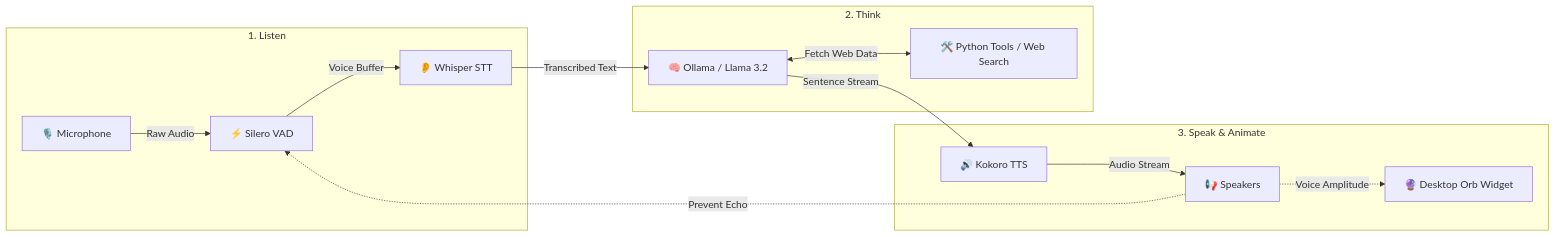
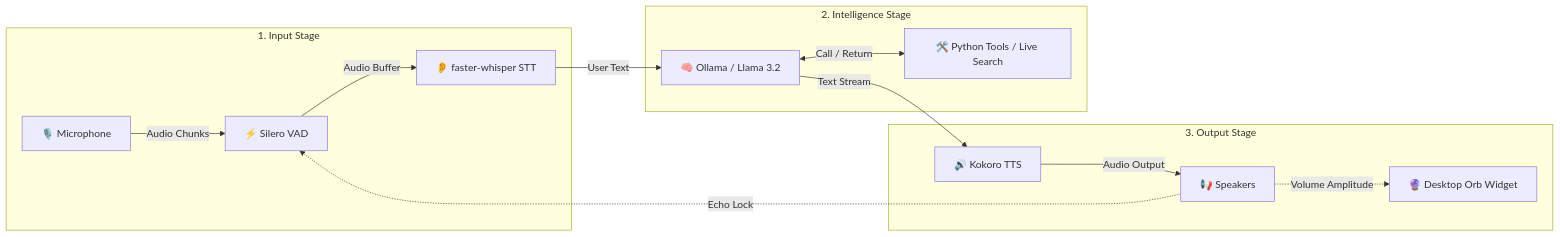
The diagram in README.md (saikrishnaallam/jarvis_ai), drawn with Mermaid before and after one commit. The commit also changed other lines of this file, not shown here.

Commit message:
Comprehensive rewrite of README.md maintaining 100% of technical details, changelogs, architecture diagrams, latency optimizations, and tool tables

````diff
--- a/README.md
+++ b/README.md
@@ -51,19 +60,19 @@
 ```mermaid
 flowchart LR
-    subgraph Stage1 ["1. Listen"]
-        A[🎙️ Microphone] -->|Raw Audio| B[⚡ Silero VAD]
-        B -->|Voice Buffer| C[👂 Whisper STT]
+    subgraph Input ["1. Input Stage"]
+        A[🎙️ Microphone] -->|Audio Chunks| B[⚡ Silero VAD]
+        B -->|Audio Buffer| C[👂 faster-whisper STT]
     end
 
-    subgraph Stage2 ["2. Think"]
-        C -->|Transcribed Text| D[🧠 Ollama / Llama 3.2]
-        D <-->|Fetch Web Data| E[🛠️ Python Tools / Web Search]
+    subgraph Core ["2. Intelligence Stage"]
+        C -->|User Text| D[🧠 Ollama / Llama 3.2]
+        D <-->|Call / Return| E[🛠️ Python Tools / Live Search]
     end
 
-    subgraph Stage3 ["3. Speak & Animate"]
-        D -->|Sentence Stream| F[🔊 Kokoro TTS]
-        F -->|Audio Stream| G[📢 Speakers]
-        G -.->|Voice Amplitude| H[🔮 Desktop Orb Widget]
-        G -.->|Prevent Echo| B
+    subgraph Output ["3. Output Stage"]
+        D -->|Text Stream| F[🔊 Kokoro TTS]
+        F -->|Audio Output| G[📢 Speakers]
+        G -.->|Volume Amplitude| H[🔮 Desktop Orb Widget]
+        G -.->|Echo Lock| B
     end
 ```
````
